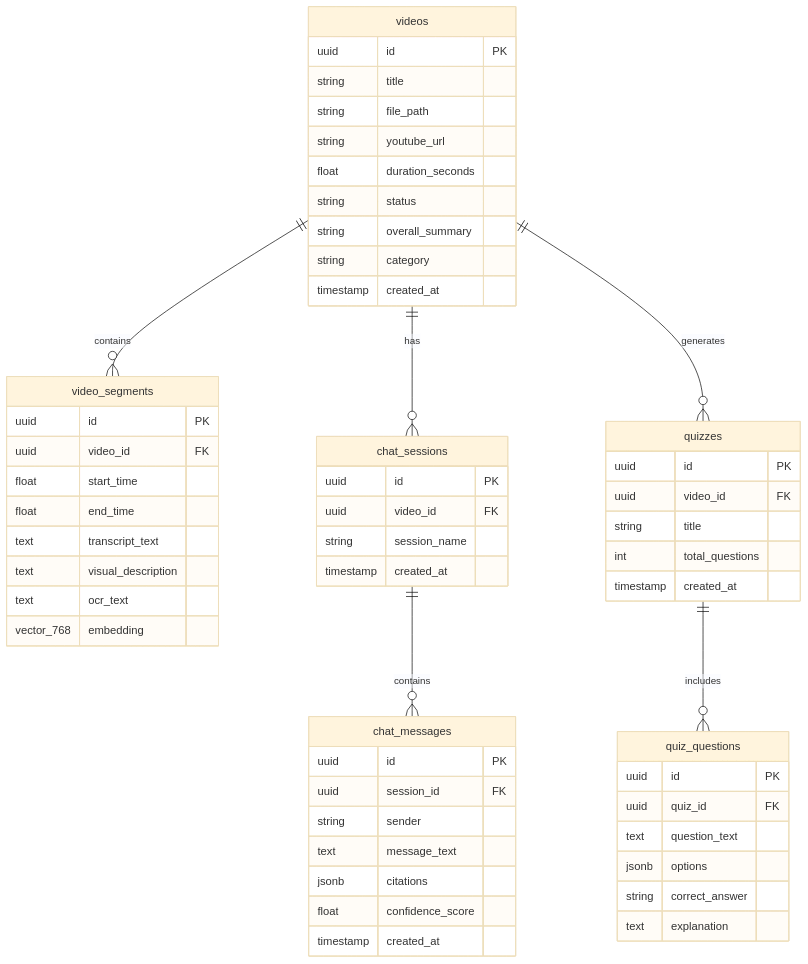
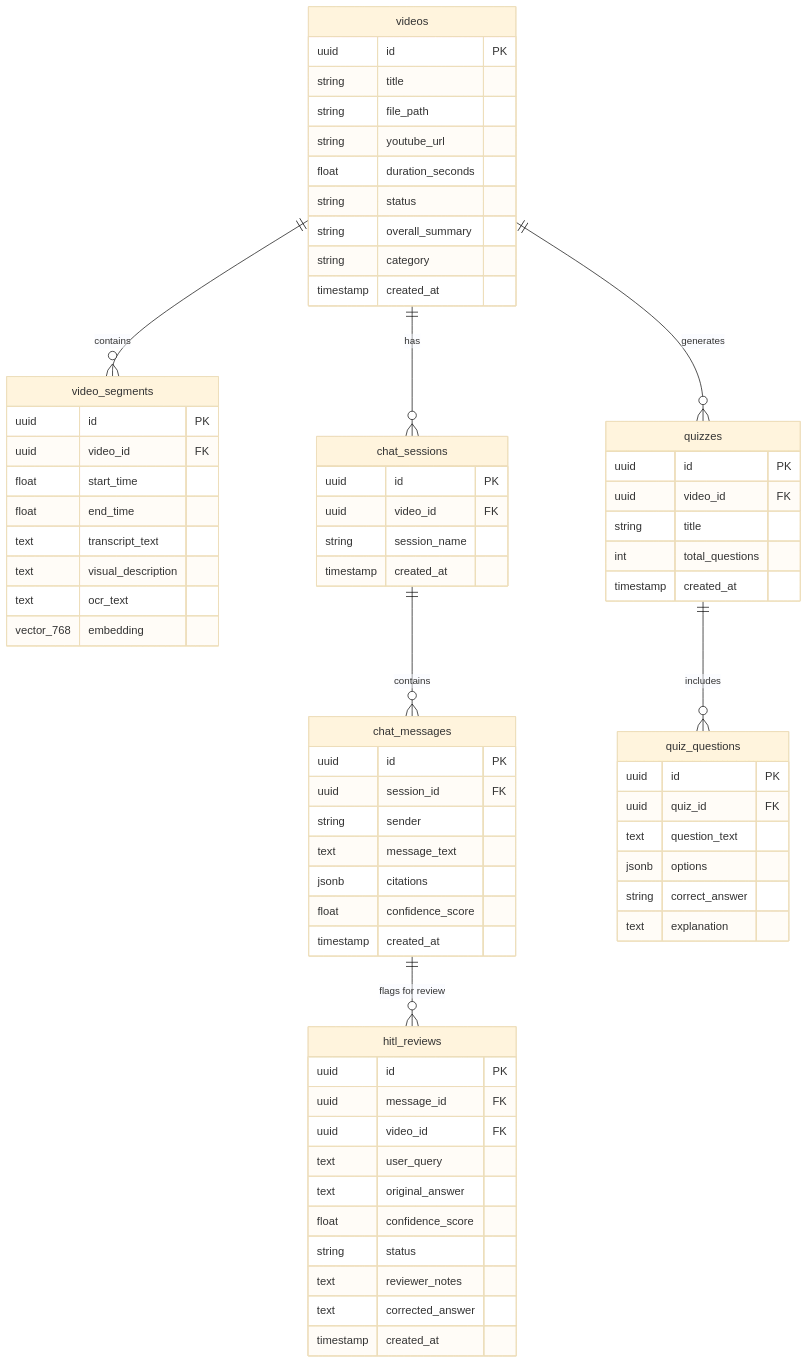
One commit to Priy0704/AI_VIDEO_ANALYSER changed the third of 3 diagrams in ARCHITECTURE.md. Above: the diagram before and after it, drawn with Mermaid (base theme). The commit also changed other lines of this file, not shown here.

Commit message:
docs: add detailed HITL Review Queue architecture, sequence diagram, and ER schema

````diff
--- a/ARCHITECTURE.md
+++ b/ARCHITECTURE.md
@@ -178,65 +155,79 @@
 ```mermaid
 erDiagram
     videos ||--o{ video_segments : "contains"
     videos ||--o{ chat_sessions : "has"
     videos ||--o{ quizzes : "generates"
     chat_sessions ||--o{ chat_messages : "contains"
+    chat_messages ||--o{ hitl_reviews : "flags for review"
     quizzes ||--o{ quiz_questions : "includes"
 
     videos {
         uuid id PK
         string title
         string file_path
         string youtube_url
         float duration_seconds
         string status
         string overall_summary
         string category
         timestamp created_at
     }
 
     video_segments {
         uuid id PK
         uuid video_id FK
         float start_time
         float end_time
         text transcript_text
         text visual_description
         text ocr_text
         vector_768 embedding
     }
 
     chat_sessions {
         uuid id PK
         uuid video_id FK
         string session_name
         timestamp created_at
     }
 
     chat_messages {
         uuid id PK
         uuid session_id FK
         string sender
         text message_text
         jsonb citations
         float confidence_score
         timestamp created_at
     }
 
+    hitl_reviews {
+        uuid id PK
+        uuid message_id FK
+        uuid video_id FK
+        text user_query
+        text original_answer
+        float confidence_score
+        string status
+        text reviewer_notes
+        text corrected_answer
+        timestamp created_at
+    }
+
     quizzes {
         uuid id PK
         uuid video_id FK
         string title
         int total_questions
         timestamp created_at
     }
 
     quiz_questions {
         uuid id PK
         uuid quiz_id FK
         text question_text
         jsonb options
         string correct_answer
         text explanation
     }
 ```
````
